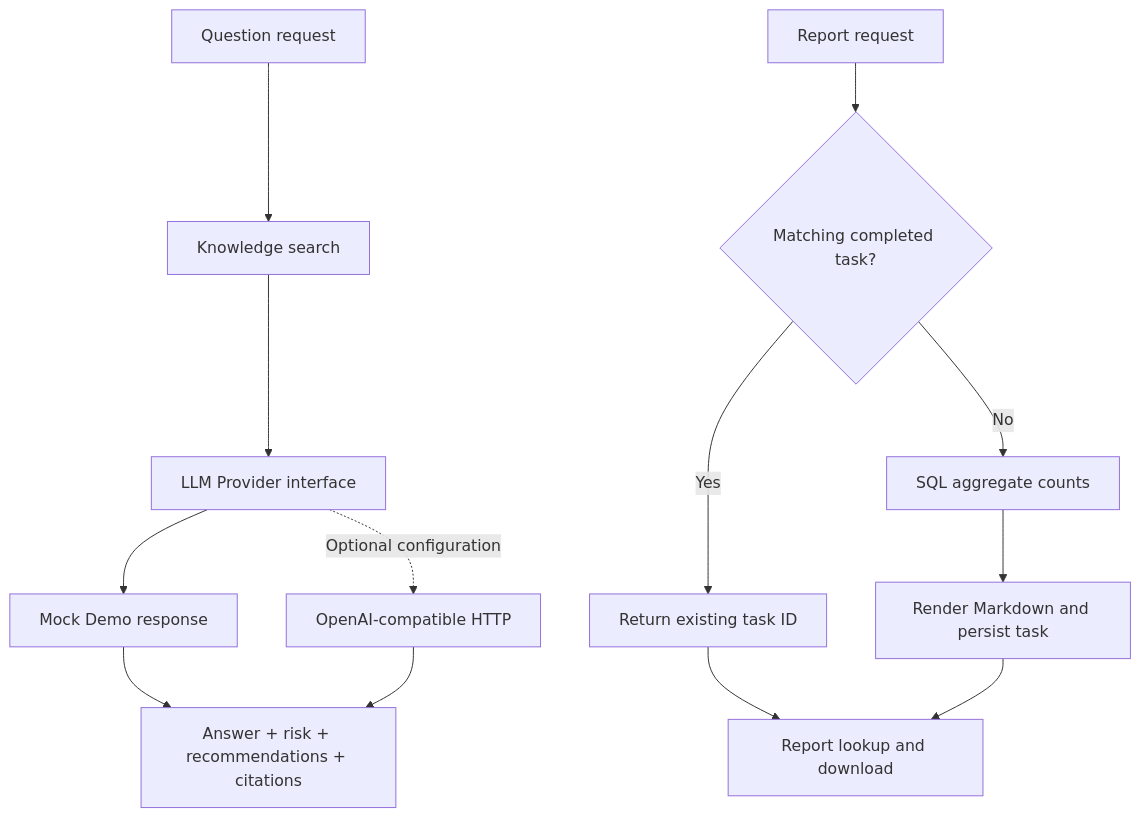
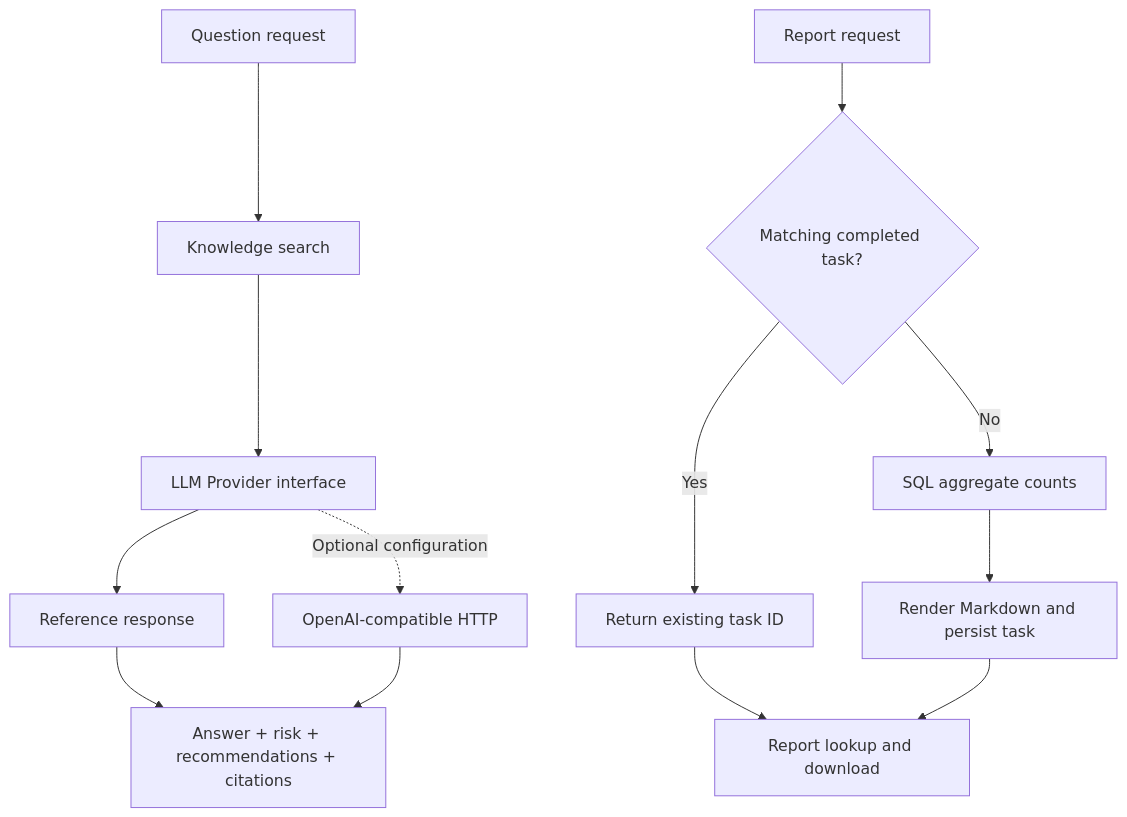
One commit to Kailovek/ai-hospital-operations-platform changed the third of 3 diagrams in docs/flows.md. Above: the diagram before and after it, drawn with Mermaid. The commit also changed other lines of this file and 10 other files, not shown here.

Commit message:
docs: focus publication narrative on architecture and implementation

````diff
--- a/docs/flows.md
+++ b/docs/flows.md
@@ -35,15 +35,15 @@
 ```mermaid
 flowchart TD
     Q[Question request] --> Search[Knowledge search]
     Search --> Provider[LLM Provider interface]
-    Provider --> Mock[Mock Demo response]
+    Provider --> Reference[Reference response]
     Provider -. Optional configuration .-> HTTP[OpenAI-compatible HTTP]
-    Mock --> Answer[Answer + risk + recommendations + citations]
+    Reference --> Answer[Answer + risk + recommendations + citations]
     HTTP --> Answer
     R[Report request] --> Reuse{Matching completed task?}
     Reuse -->|Yes| Existing[Return existing task ID]
     Reuse -->|No| Stats[SQL aggregate counts]
     Stats --> Render[Render Markdown and persist task]
     Existing --> Download[Report lookup and download]
     Render --> Download
 ```
````
